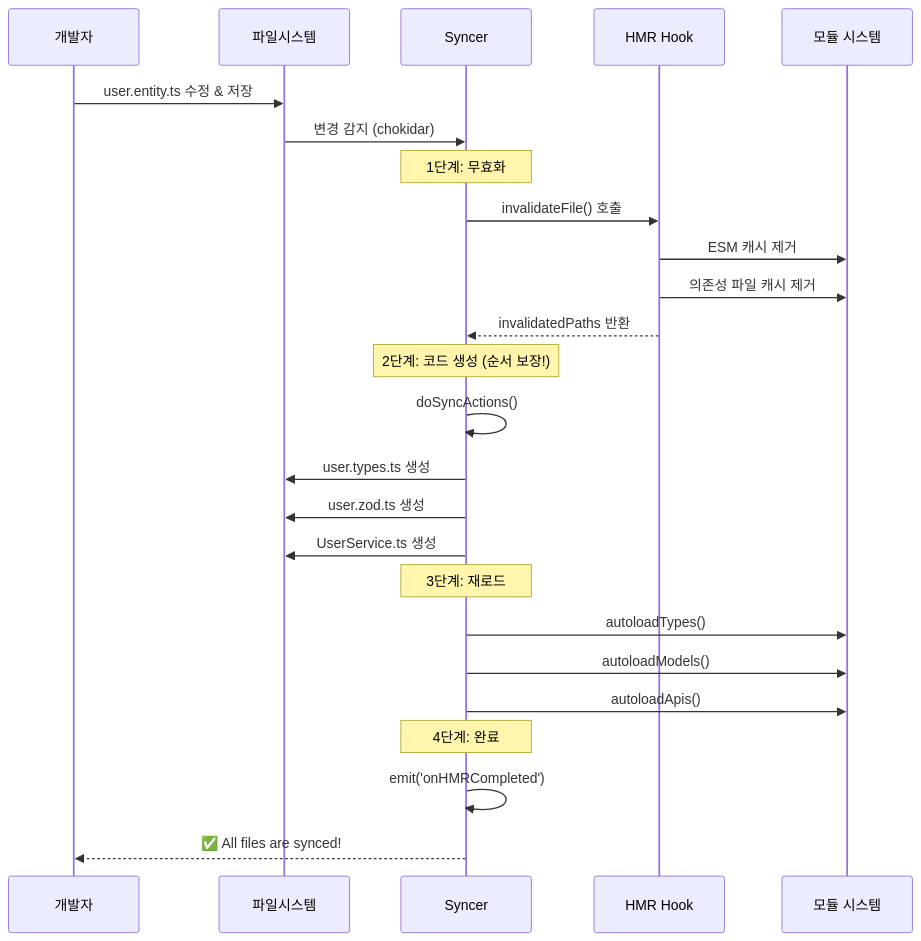
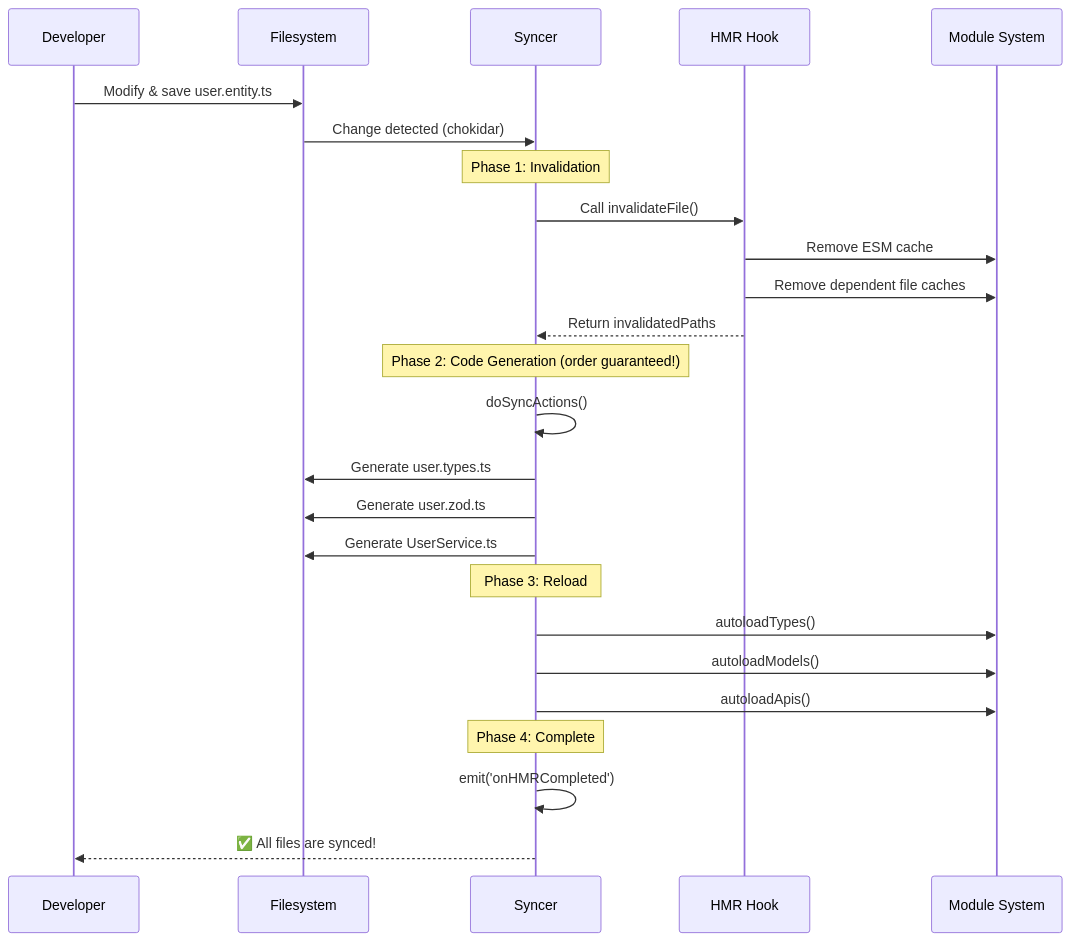
The second of 3 diagrams in modules/docs/en/tools-and-cli/hmr/how-hmr-works.mdx (cartanova-ai/sonamu), drawn with Mermaid before and after one commit. The commit also changed other lines of this file and 86 other files, not shown here.

````diff
--- a/modules/docs/en/tools-and-cli/hmr/how-hmr-works.mdx
+++ b/modules/docs/en/tools-and-cli/hmr/how-hmr-works.mdx
@@ -298,32 +298,32 @@
 ```mermaid
 sequenceDiagram
-    participant Dev as 개발자
-    participant File as 파일시스템
+    participant Dev as Developer
+    participant File as Filesystem
     participant Syncer as Syncer
     participant HMR as HMR Hook
-    participant Module as 모듈 시스템
-    
-    Dev->>File: user.entity.ts 수정 & 저장
-    File->>Syncer: 변경 감지 (chokidar)
-    
-    Note over Syncer: 1단계: 무효화
-    Syncer->>HMR: invalidateFile() 호출
-    HMR->>Module: ESM 캐시 제거
-    HMR->>Module: 의존성 파일 캐시 제거
-    HMR-->>Syncer: invalidatedPaths 반환
-    
-    Note over Syncer: 2단계: 코드 생성 (순서 보장!)
+    participant Module as Module System
+
+    Dev->>File: Modify & save user.entity.ts
+    File->>Syncer: Change detected (chokidar)
+
+    Note over Syncer: Phase 1: Invalidation
+    Syncer->>HMR: Call invalidateFile()
+    HMR->>Module: Remove ESM cache
+    HMR->>Module: Remove dependent file caches
+    HMR-->>Syncer: Return invalidatedPaths
+
+    Note over Syncer: Phase 2: Code Generation (order guaranteed!)
     Syncer->>Syncer: doSyncActions()
-    Syncer->>File: user.types.ts 생성
-    Syncer->>File: user.zod.ts 생성
-    Syncer->>File: UserService.ts 생성
-    
-    Note over Syncer: 3단계: 재로드
+    Syncer->>File: Generate user.types.ts
+    Syncer->>File: Generate user.zod.ts
+    Syncer->>File: Generate UserService.ts
+
+    Note over Syncer: Phase 3: Reload
     Syncer->>Module: autoloadTypes()
     Syncer->>Module: autoloadModels()
     Syncer->>Module: autoloadApis()
-    
-    Note over Syncer: 4단계: 완료
+
+    Note over Syncer: Phase 4: Complete
     Syncer->>Syncer: emit('onHMRCompleted')
     Syncer-->>Dev: ✅ All files are synced!
 ```
````
